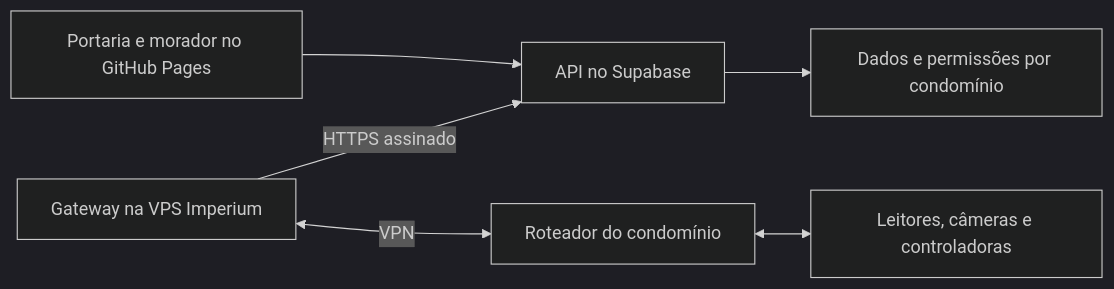
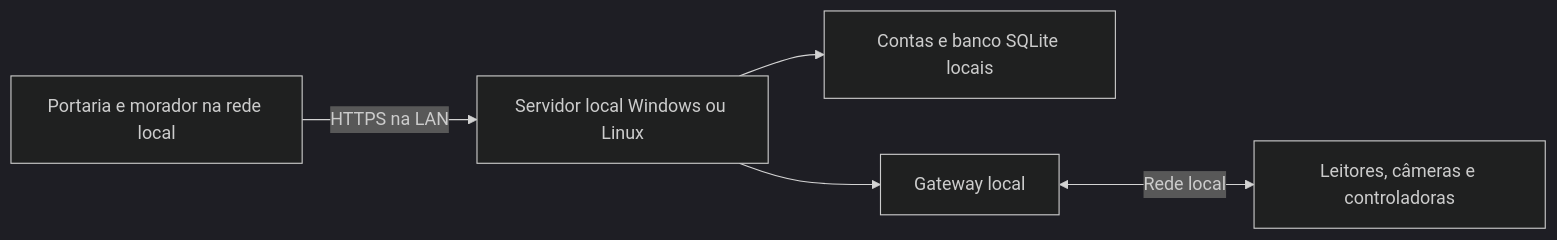
Before and after one commit to horizes/controle-acesso: the diagram in README.md, drawn with Mermaid (dark theme). The commit also changed other lines of this file and 54 other files, not shown here.

Commit message:
Add independent local Windows/Linux operation and preserve visitor identity

````diff
--- a/README.md
+++ b/README.md
@@ -11,8 +13,7 @@
 ```mermaid
 flowchart LR
- P[Portaria e morador no GitHub Pages] --> A[API no Supabase]
- A --> B[Dados e permissões por condomínio]
- G[Gateway na VPS Imperium] -->|HTTPS assinado| A
- G <-->|VPN| R[Roteador do condomínio]
- R <--> D[Leitores, câmeras e controladoras]
+ P[Portaria e morador na rede local] -->|HTTPS na LAN| A[Servidor local Windows ou Linux]
+ A --> B[Contas e banco SQLite locais]
+ A --> G[Gateway local]
+ G <-->|Rede local| D[Leitores, câmeras e controladoras]
 ```
````
